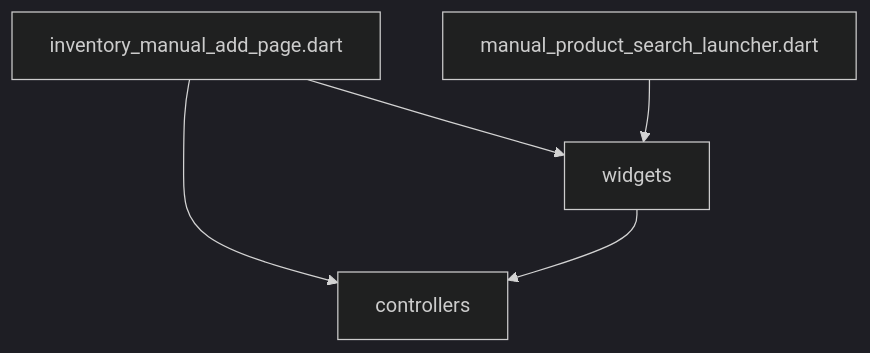
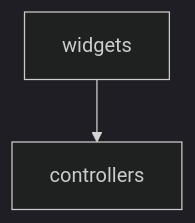
One commit to repinw/yamt changed the diagram in lib/features/product_search/presentation/DEPS.md. Above: the diagram before and after it, drawn with Mermaid (dark theme). The commit also changed 100 other files, not shown here.

Commit message:
feat(product_search_hub): searching in on place bound

````diff
--- a/lib/features/product_search/presentation/DEPS.md
+++ b/lib/features/product_search/presentation/DEPS.md
@@ -6,7 +6,4 @@
 ```mermaid
 flowchart TD;
-inventory_manual_add_page.dart-->controllers;
-inventory_manual_add_page.dart-->widgets;
-manual_product_search_launcher.dart-->widgets;
 widgets-->controllers;
 ```
````
